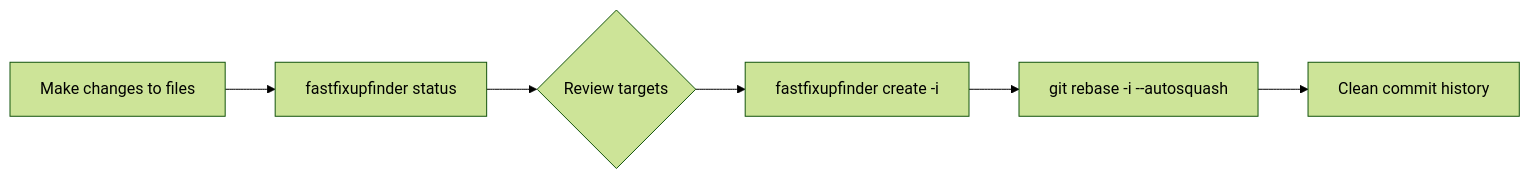
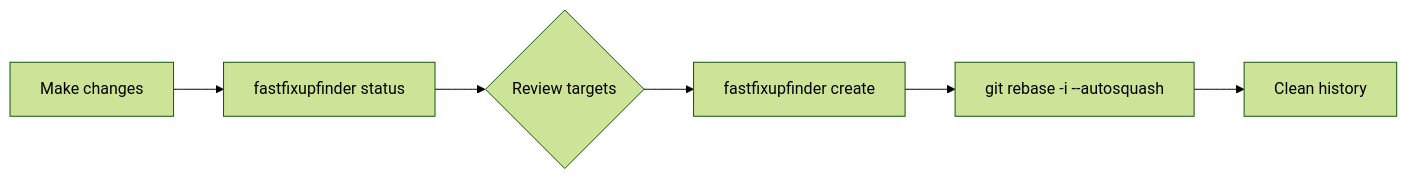
One commit to klausgerlicher/fastfixupfinder changed the second of 2 diagrams in README.md. Above: the diagram before and after it, drawn with Mermaid (forest theme). The commit also changed other lines of this file and 1 other file, not shown here.

````diff
--- a/README.md
+++ b/README.md
@@ -420,8 +449,8 @@
 ```mermaid
 graph LR
-    A[Make changes to files] --> B[fastfixupfinder status]
+    A[Make changes] --> B[fastfixupfinder status]
     B --> C{Review targets}
-    C --> D[fastfixupfinder create -i]
+    C --> D[fastfixupfinder create]
     D --> E[git rebase -i --autosquash]
-    E --> F[Clean commit history]
+    E --> F[Clean history]
 ```
````
